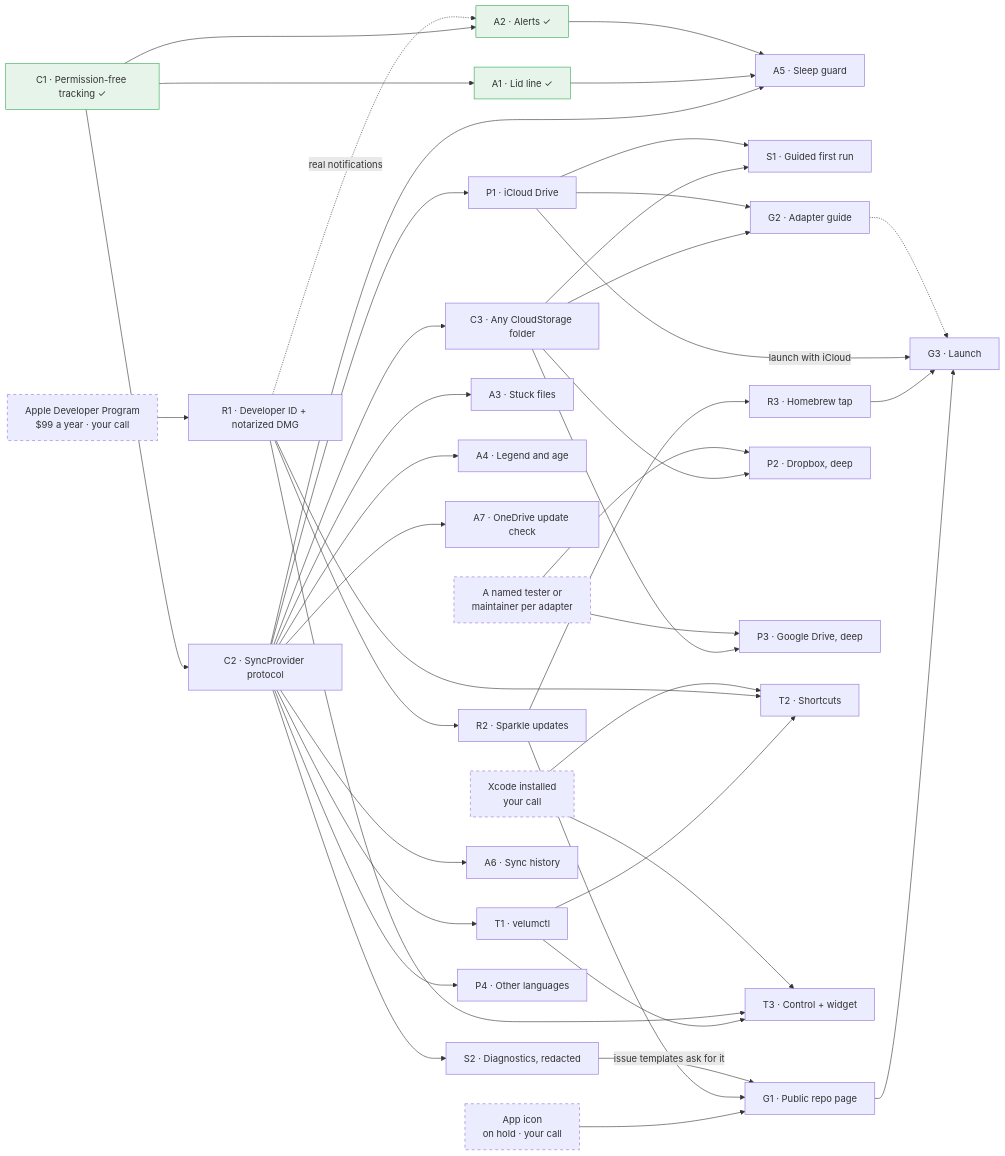
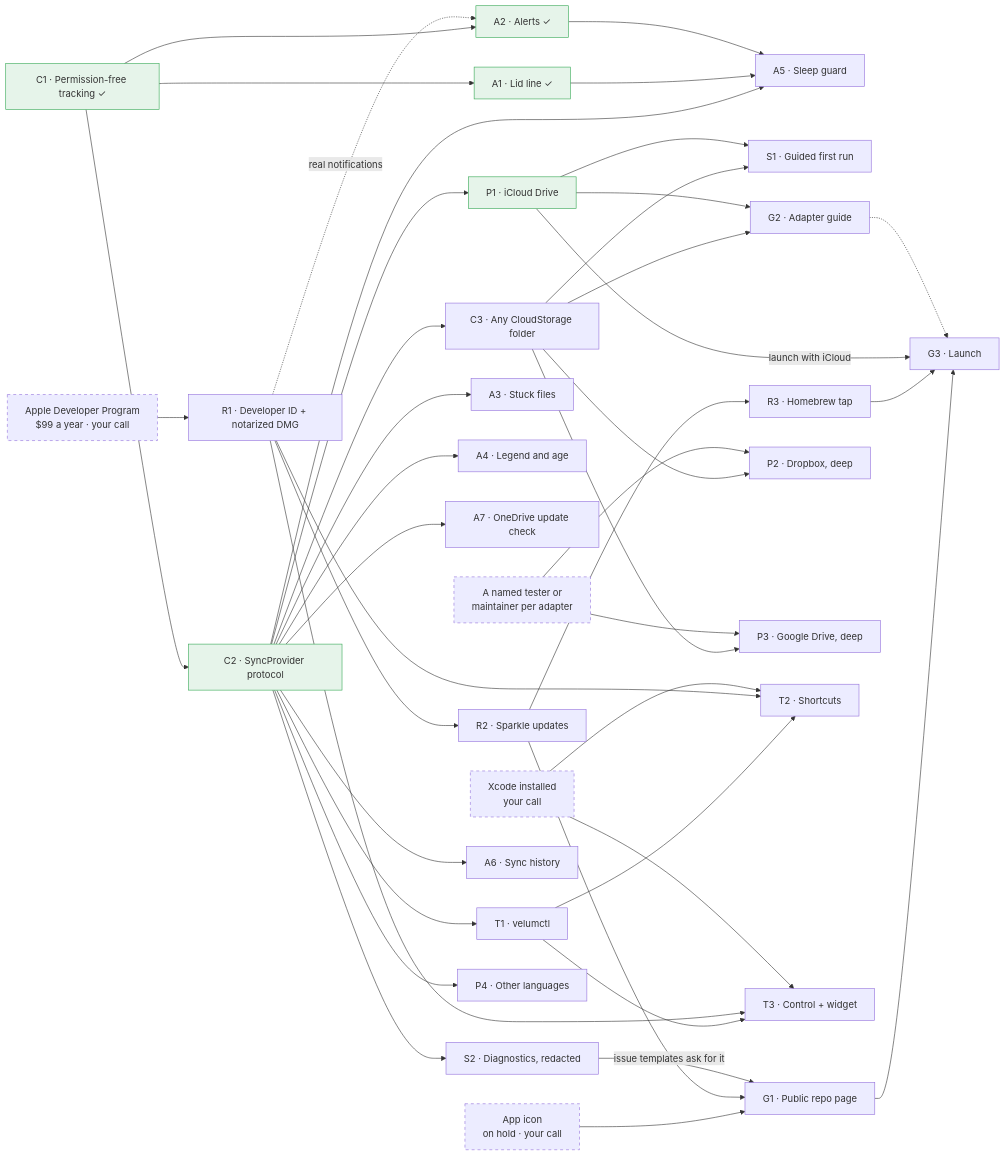
Before and after one commit to nafatyuk/velum: the diagram in docs/plans/roadmap/README.md, drawn with Mermaid. The commit also changed other lines of this file and 18 other files, not shown here.

````diff
--- a/docs/plans/roadmap/README.md
+++ b/docs/plans/roadmap/README.md
@@ -200,6 +206,6 @@
 
   classDef done fill:#e6f4ea,stroke:#34a853
   classDef gate stroke-dasharray: 5 5
-  class C1,A1,A2 done
+  class C1,A1,A2,C2,P1 done
   class ICON,ENROL,TESTER,XCODE gate
 ```
````
